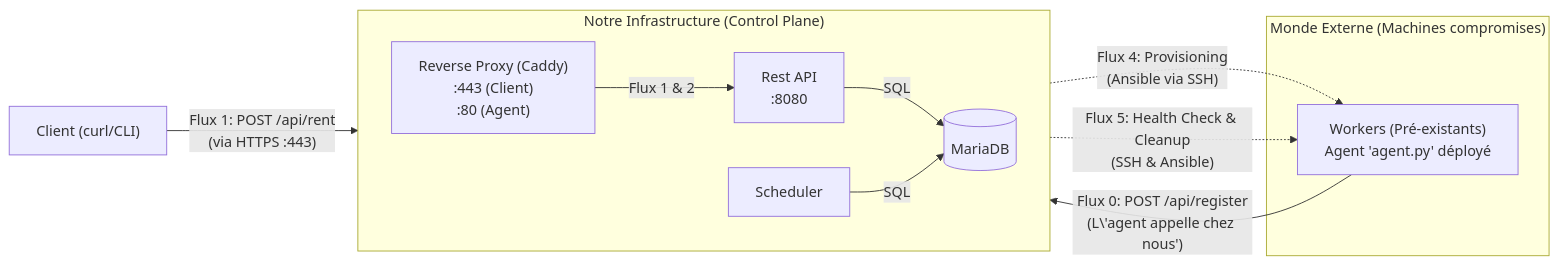
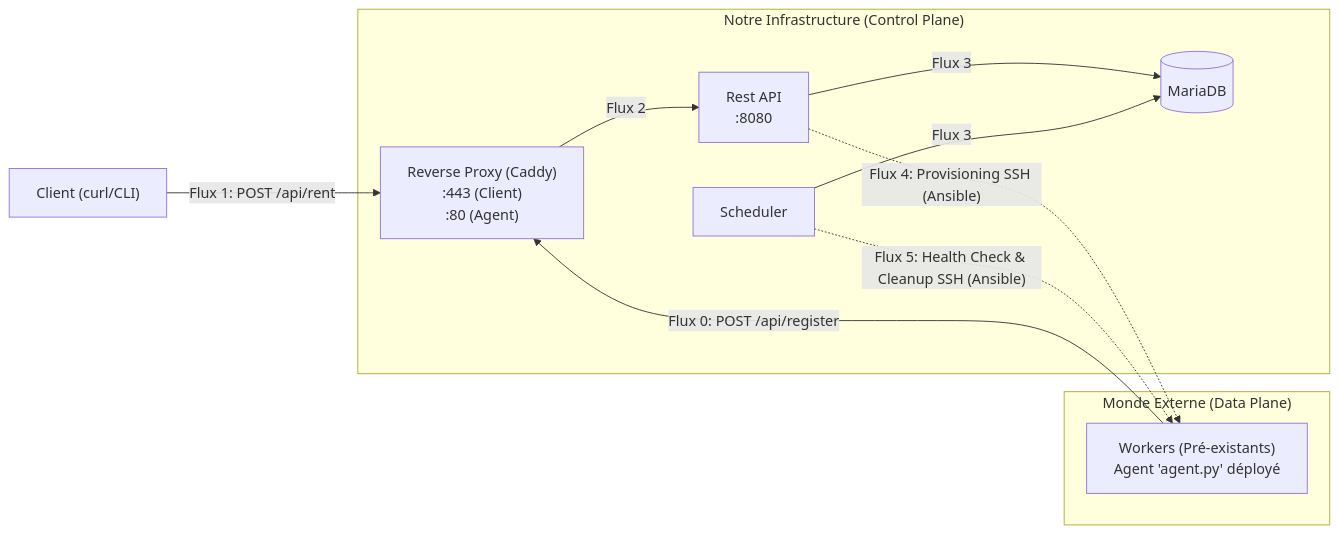
The diagram in specifications.md (TedBarbier/projet_deploiement), drawn with Mermaid before and after one commit. The commit also changed other lines of this file and 15 other files, not shown here.

````diff
--- a/specifications.md
+++ b/specifications.md
@@ -38,37 +37,34 @@
 ```mermaid
 flowchart LR
-    %% Acteurs Externes
     Client["Client (curl/CLI)"]
 
-    %% Subgraph pour le "Monde Externe" (Data Plane)
-    subgraph HOTE ["Monde Externe (Machines compromises)"]
-        Workers["Workers (Pré-existants)<br/>Agent 'agent.py' déployé"]
+    subgraph DATA["Monde Externe (Data Plane)"]
+        Worker["Workers (Pré-existants)<br/>Agent 'agent.py' déployé"]
     end
 
-    %% Subgraph pour Notre Infrastructure (Control Plane)
-    subgraph LAB ["Notre Infrastructure (Control Plane)"]
-        direction LR
+    subgraph CONTROL["Notre Infrastructure (Control Plane)"]
         RP["Reverse Proxy (Caddy)<br/>:443 (Client)<br/>:80 (Agent)"]
         API["Rest API <br/>:8080"]
         SCHED["Scheduler"]
         DB[(MariaDB)]
-
-        RP -- "Flux 1 & 2" --> API
-        API -->|SQL| DB
-        SCHED -->|SQL| DB
     end
 
-    %% -- FLUX --
-    
-    %% Flux 0: Enregistrement (Auto-découverte par l'agent)
-    Workers -- "Flux 0: POST /api/register<br/>(L\'agent appelle chez nous')" --> RP
+    %% Flux 0 : Enregistrement auto
+    Worker -- "Flux 0: POST /api/register" --> RP
 
-    %% Flux 1: Location Client
-    Client -->|"Flux 1: POST /api/rent<br/>(via HTTPS :443)"| RP
+    %% Flux 1 : Location client
+    Client -->|"Flux 1: POST /api/rent" | RP
 
-    %% Flux 4: Provisioning (Notre action de gestion)
-    API -.->|"Flux 4: Provisioning<br/>(Ansible via SSH)"| Workers
-    
-    %% Flux 5: QoS (Notre action de gestion)
-    SCHED -.->|"Flux 5: Health Check & Cleanup<br/>(SSH & Ansible)"| Workers
+    %% Flux 2 : Proxy → API
+    RP -->|"Flux 2" | API
+
+    %% Flux 3 : API et Scheduler interagissent avec DB
+    API -->|"Flux 3" | DB
+    SCHED -->|"Flux 3" | DB
+
+    %% Flux 4 : Provisioning via Ansible
+    API -.->|"Flux 4: Provisioning SSH (Ansible)" | Worker
+
+    %% Flux 5 : QoS / Cleanup via Scheduler
+    SCHED -.->|"Flux 5: Health Check & Cleanup SSH (Ansible)" | Worker
 ```
````
